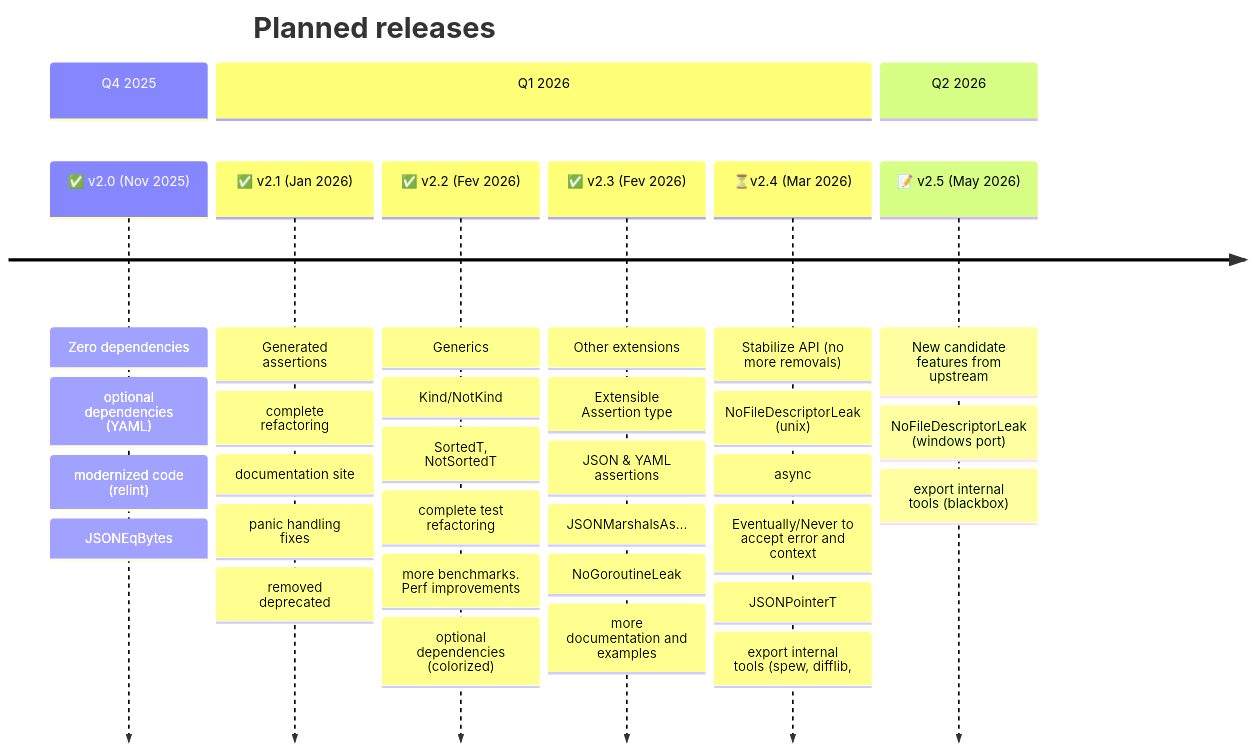
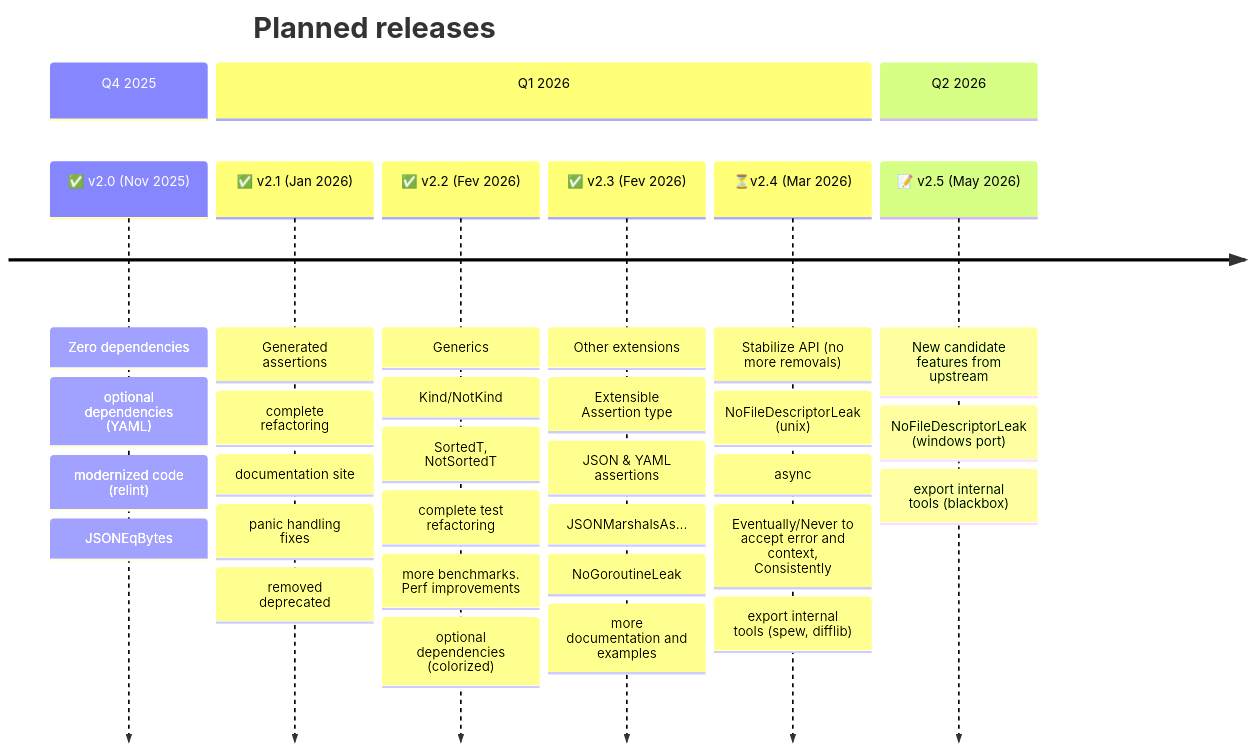
Before and after one commit to go-openapi/testify: the diagram in docs/doc-site/project/maintainers/ROADMAP.md, drawn with Mermaid. The commit also changed other lines of this file and 46 other files, not shown here.

```diff
--- a/docs/doc-site/project/maintainers/ROADMAP.md
+++ b/docs/doc-site/project/maintainers/ROADMAP.md
@@ -9,35 +9,34 @@
 {{< mermaid align="center" zoom="true" >}}
 timeline
     title Planned releases
     section Q4 2025
     ✅ v2.0 (Nov 2025) : Zero dependencies
                     : optional dependencies (YAML)
                     : modernized code (relint)
                     : JSONEqBytes
     section Q1 2026
     ✅ v2.1 (Jan 2026) : Generated assertions
                     : complete refactoring
                     : documentation site
                     : panic handling fixes
                     : removed deprecated
     ✅ v2.2 (Fev 2026) : Generics
                     : Kind/NotKind
                     : SortedT, NotSortedT
                     : complete test refactoring
                     : more benchmarks. Perf improvements
                     : optional dependencies (colorized)
     ✅ v2.3 (Fev 2026) : Other extensions
                     : Extensible Assertion type
                     : JSON & YAML assertions: JSONMarshalsAs...
                     : NoGoroutineLeak
                     : more documentation and examples
     ⏳v2.4 (Mar 2026) : Stabilize API (no more removals)
                     : NoFileDescriptorLeak (unix)
-                    : async: Eventually/Never to accept error and context
-                    : JSONPointerT
-                    : export internal tools (spew, difflib,
+                    : async: Eventually/Never to accept error and context, Consistently
+                    : export internal tools (spew, difflib)
     section Q2 2026
     📝 v2.5 (May 2026) : New candidate features from upstream
                     : NoFileDescriptorLeak (windows port)
                     : export internal tools (blackbox)
 {{< /mermaid >}}
```
